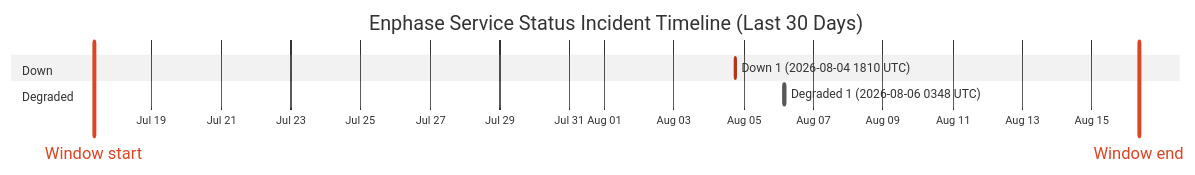
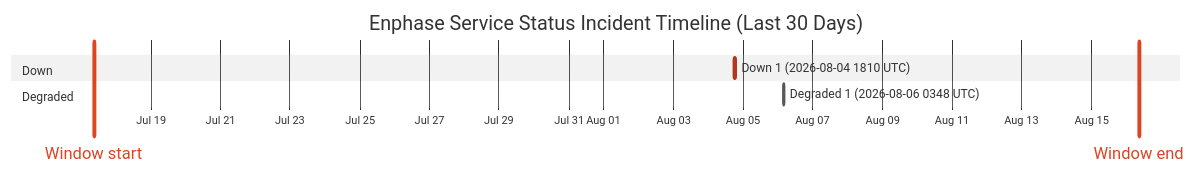
Before and after one commit to barneyonline/ha-enphase-energy: the diagram in wiki/Service-Status-History.md, drawn with Mermaid (neutral theme). The commit also changed other lines of this file and 3 other files, not shown here.

````diff
--- a/wiki/Service-Status-History.md
+++ b/wiki/Service-Status-History.md
@@ -14,12 +14,12 @@
 ```mermaid
 gantt
     title Enphase Service Status Incident Timeline (Last 30 Days)
     dateFormat  YYYY-MM-DDTHH:mm:ss
     axisFormat  %b %d
-    Window start :vert, window-start, 2026-07-17T08:26:27, 0ms
-    Window end :vert, window-end, 2026-08-16T08:26:27, 0ms
+    Window start :vert, window-start, 2026-07-17T08:56:40, 0ms
+    Window end :vert, window-end, 2026-08-16T08:56:40, 0ms
     section Down
     Down 1 (2026-08-04 1810 UTC) :crit, down-1, 2026-08-04T18:10:46, 60m
     section Degraded
     Degraded 1 (2026-08-06 0348 UTC) :active, degraded-1, 2026-08-06T03:48:14, 60m
 ```
````
